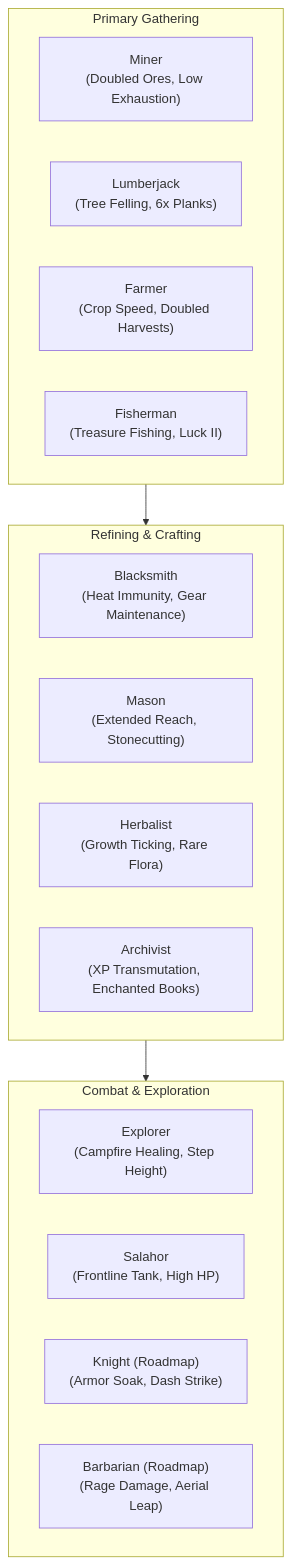
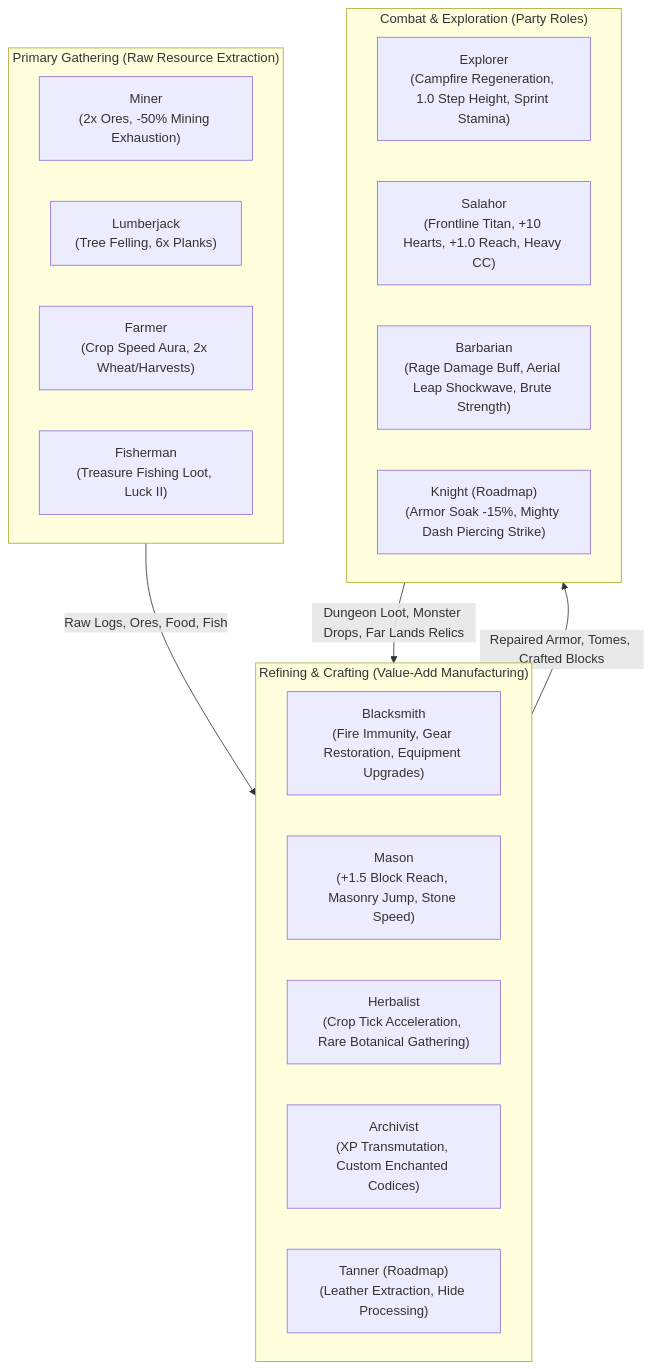
Before and after one commit to DurdeuVlad/origins-rustic: the first of 2 diagrams in docs/Business.md, drawn with Mermaid. The commit also changed other lines of this file and 6 other files, not shown here.

````diff
--- a/docs/Business.md
+++ b/docs/Business.md
@@ -29,26 +45,28 @@
 ```mermaid
 graph TD
-    subgraph Gathering ["Primary Gathering"]
-        Miner["Miner<br/>(Doubled Ores, Low Exhaustion)"]
+    subgraph Gathering ["Primary Gathering (Raw Resource Extraction)"]
+        Miner["Miner<br/>(2x Ores, -50% Mining Exhaustion)"]
         Lumberjack["Lumberjack<br/>(Tree Felling, 6x Planks)"]
-        Farmer["Farmer<br/>(Crop Speed, Doubled Harvests)"]
-        Fisherman["Fisherman<br/>(Treasure Fishing, Luck II)"]
+        Farmer["Farmer<br/>(Crop Speed Aura, 2x Wheat/Harvests)"]
+        Fisherman["Fisherman<br/>(Treasure Fishing Loot, Luck II)"]
     end
 
-    subgraph Refining ["Refining & Crafting"]
-        Blacksmith["Blacksmith<br/>(Heat Immunity, Gear Maintenance)"]
-        Mason["Mason<br/>(Extended Reach, Stonecutting)"]
-        Herbalist["Herbalist<br/>(Growth Ticking, Rare Flora)"]
-        Archivist["Archivist<br/>(XP Transmutation, Enchanted Books)"]
+    subgraph Refining ["Refining & Crafting (Value-Add Manufacturing)"]
+        Blacksmith["Blacksmith<br/>(Fire Immunity, Gear Restoration, Equipment Upgrades)"]
+        Mason["Mason<br/>(+1.5 Block Reach, Masonry Jump, Stone Speed)"]
+        Herbalist["Herbalist<br/>(Crop Tick Acceleration, Rare Botanical Gathering)"]
+        Archivist["Archivist<br/>(XP Transmutation, Custom Enchanted Codices)"]
+        Tanner["Tanner (Roadmap)<br/>(Leather Extraction, Hide Processing)"]
     end
 
-    subgraph CombatScouting ["Combat & Exploration"]
-        Explorer["Explorer<br/>(Campfire Healing, Step Height)"]
-        Salahor["Salahor<br/>(Frontline Tank, High HP)"]
-        Knight["Knight (Roadmap)<br/>(Armor Soak, Dash Strike)"]
-        Barbarian["Barbarian (Roadmap)<br/>(Rage Damage, Aerial Leap)"]
+    subgraph CombatScouting ["Combat & Exploration (Party Roles)"]
+        Explorer["Explorer<br/>(Campfire Regeneration, 1.0 Step Height, Sprint Stamina)"]
+        Salahor["Salahor<br/>(Frontline Titan, +10 Hearts, +1.0 Reach, Heavy CC)"]
+        Barbarian["Barbarian<br/>(Rage Damage Buff, Aerial Leap Shockwave, Brute Strength)"]
+        Knight["Knight (Roadmap)<br/>(Armor Soak -15%, Mighty Dash Piercing Strike)"]
     end
 
-    Gathering --> Refining
-    Refining --> CombatScouting
+    Gathering -->|Raw Logs, Ores, Food, Fish| Refining
+    Refining -->|Repaired Armor, Tomes, Crafted Blocks| CombatScouting
+    CombatScouting -->|Dungeon Loot, Monster Drops, Far Lands Relics| Refining
 ```
````
